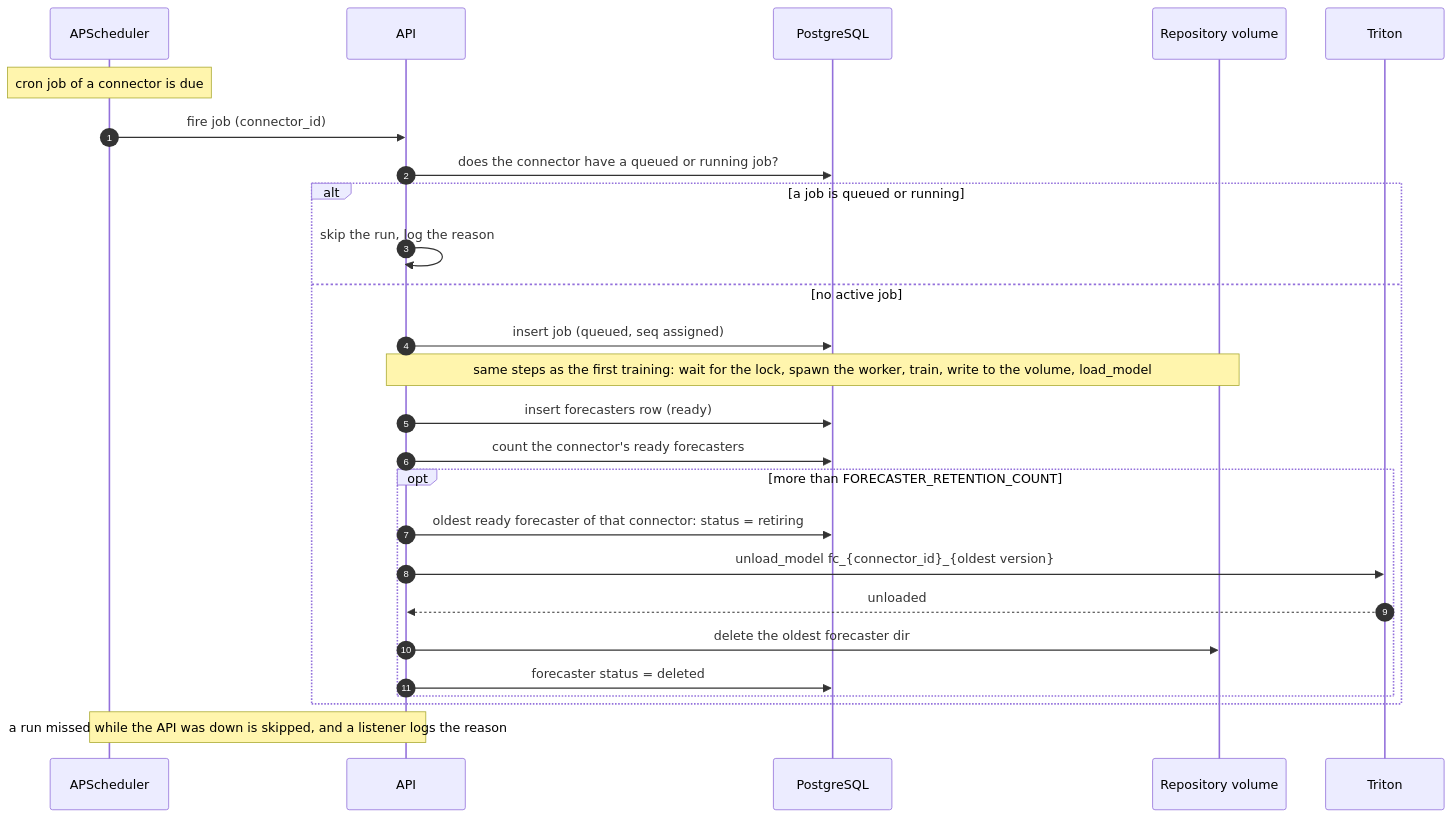
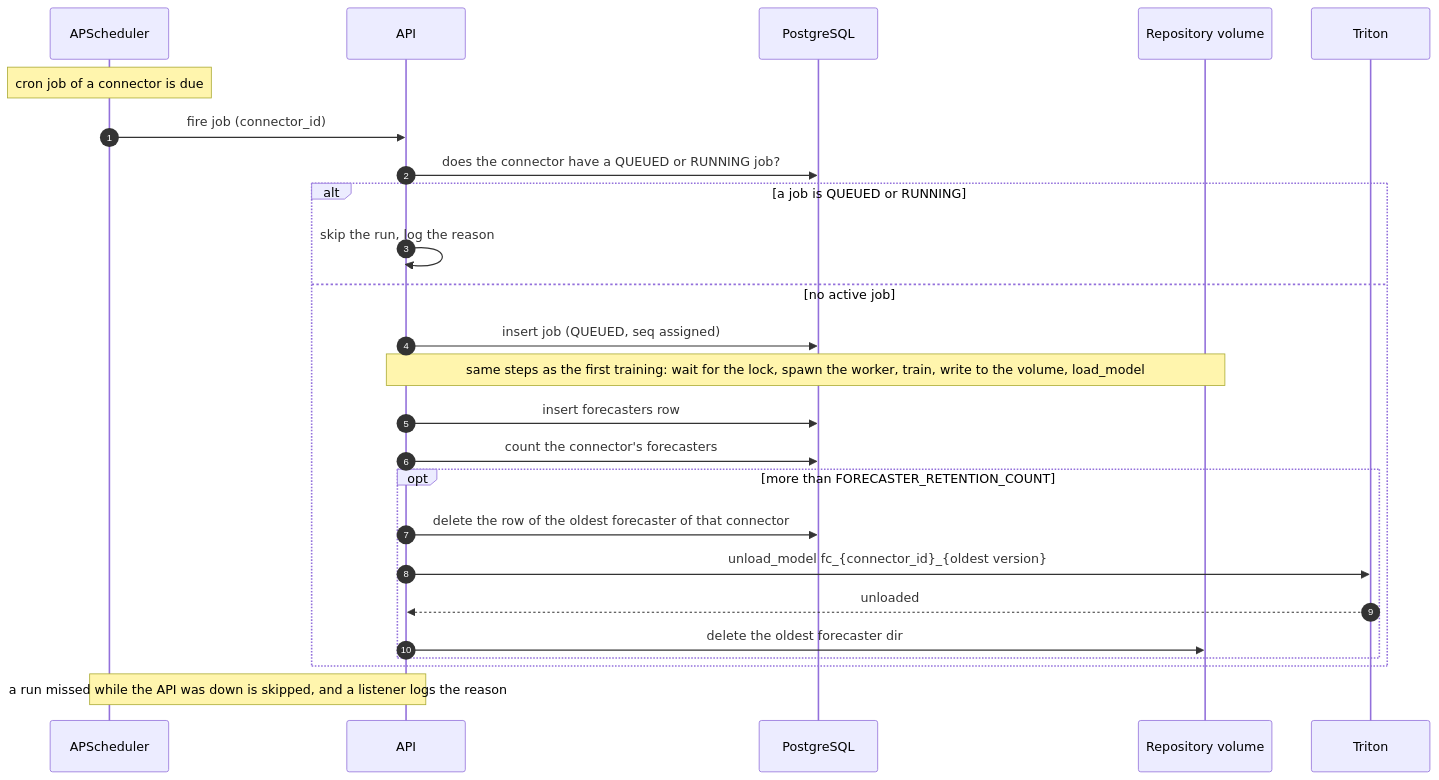
One commit to IBM/project-ai-services changed the fourth of 4 diagrams in docs/proposals/forecast_service_proposal.md. Above: the diagram before and after it, drawn with Mermaid. The commit also changed other lines of this file and 15 other files, not shown here.

````diff
--- a/docs/proposals/forecast_service_proposal.md
+++ b/docs/proposals/forecast_service_proposal.md
@@ -787,32 +797,31 @@
 ```mermaid
 sequenceDiagram
     autonumber
     participant P as APScheduler
     participant A as API
     participant DB as PostgreSQL
     participant V as Repository volume
     participant T as Triton
 
     Note over P: cron job of a connector is due
     P->>A: fire job (connector_id)
-    A->>DB: does the connector have a queued or running job?
+    A->>DB: does the connector have a QUEUED or RUNNING job?
 
-    alt a job is queued or running
+    alt a job is QUEUED or RUNNING
         A->>A: skip the run, log the reason
     else no active job
-        A->>DB: insert job (queued, seq assigned)
+        A->>DB: insert job (QUEUED, seq assigned)
         Note over A,V: same steps as the first training: wait for the lock, spawn the worker, train, write to the volume, load_model
-        A->>DB: insert forecasters row (ready)
+        A->>DB: insert forecasters row
 
-        A->>DB: count the connector's ready forecasters
+        A->>DB: count the connector's forecasters
         opt more than FORECASTER_RETENTION_COUNT
-            A->>DB: oldest ready forecaster of that connector: status = retiring
+            A->>DB: delete the row of the oldest forecaster of that connector
             A->>T: unload_model fc_{connector_id}_{oldest version}
             T-->>A: unloaded
             A->>V: delete the oldest forecaster dir
-            A->>DB: forecaster status = deleted
         end
     end
 
     Note over P,A: a run missed while the API was down is skipped, and a listener logs the reason
 ```
````
